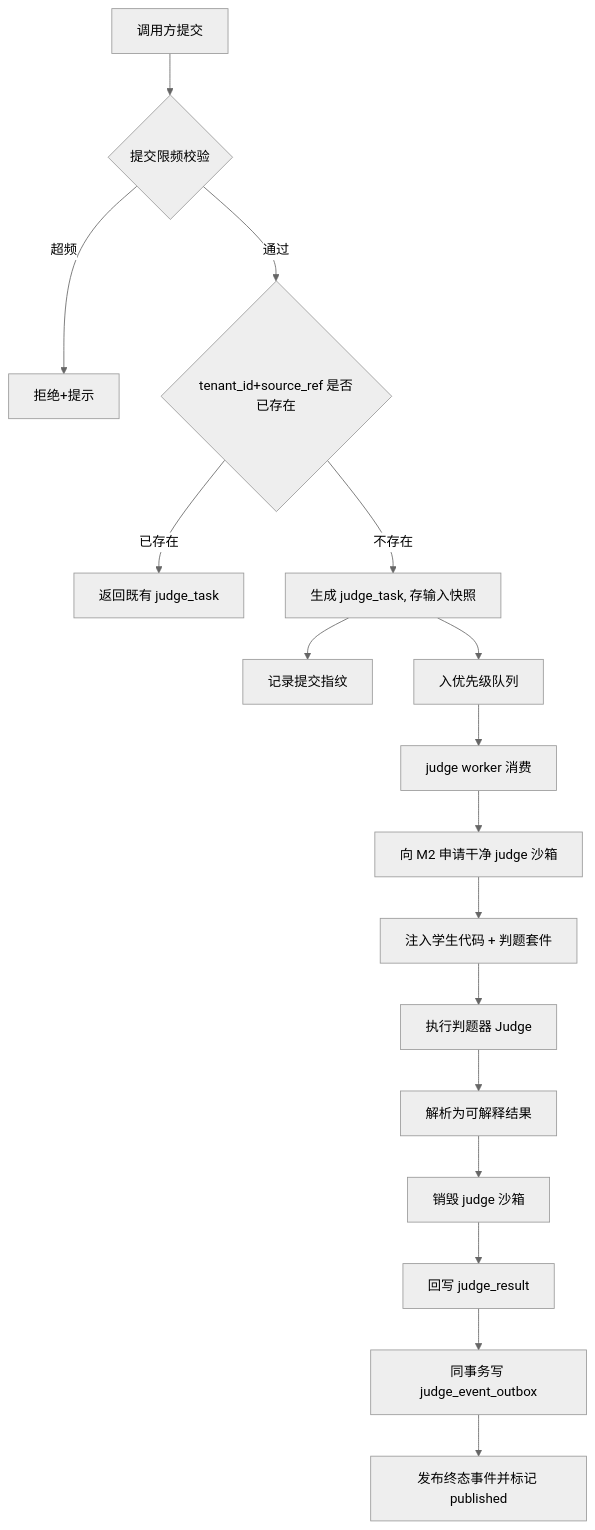
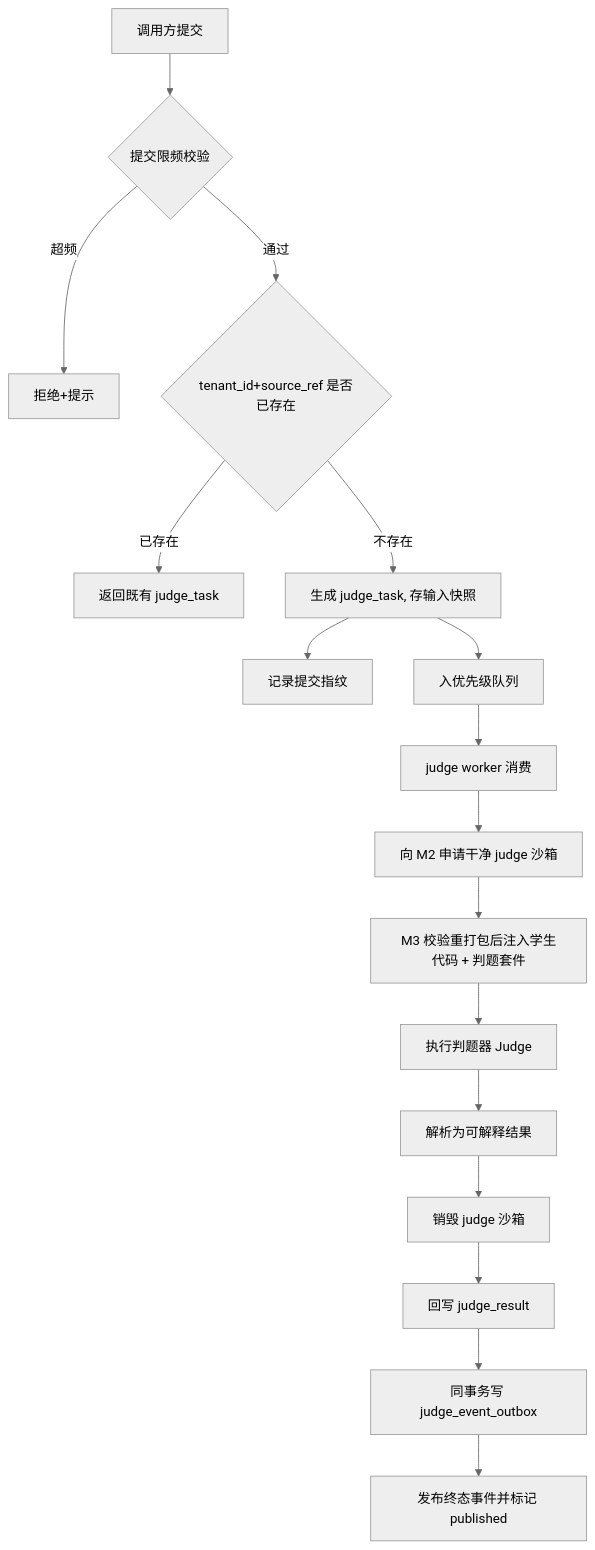
One commit to menghuishisan/CHAIMIR changed the first of 5 diagrams in docs/03-评测引擎/05-业务流程与状态机.md. Above: the diagram before and after it, drawn with Mermaid (neutral theme). The commit also changed other lines of this file and 76 other files, not shown here.

````diff
--- a/docs/03-评测引擎/05-业务流程与状态机.md
+++ b/docs/03-评测引擎/05-业务流程与状态机.md
@@ -10,19 +10,19 @@
 ```mermaid
 flowchart TD
     A[调用方提交] --> B{提交限频校验}
     B -->|超频| Z[拒绝+提示]
     B -->|通过| C{tenant_id+source_ref 是否已存在}
     C -->|已存在| R[返回既有 judge_task]
     C -->|不存在| D[生成 judge_task, 存输入快照]
     D --> E[记录提交指纹]
     D --> F[入优先级队列]
     F --> G[judge worker 消费]
     G --> H[向 M2 申请干净 judge 沙箱]
-    H --> I[注入学生代码 + 判题套件]
+    H --> I[M3 校验重打包后注入学生代码 + 判题套件]
     I --> J[执行判题器 Judge]
     J --> K[解析为可解释结果]
     K --> L[销毁 judge 沙箱]
     L --> M[回写 judge_result]
     M --> N[同事务写 judge_event_outbox]
     N --> O[发布终态事件并标记 published]
 ```
````
